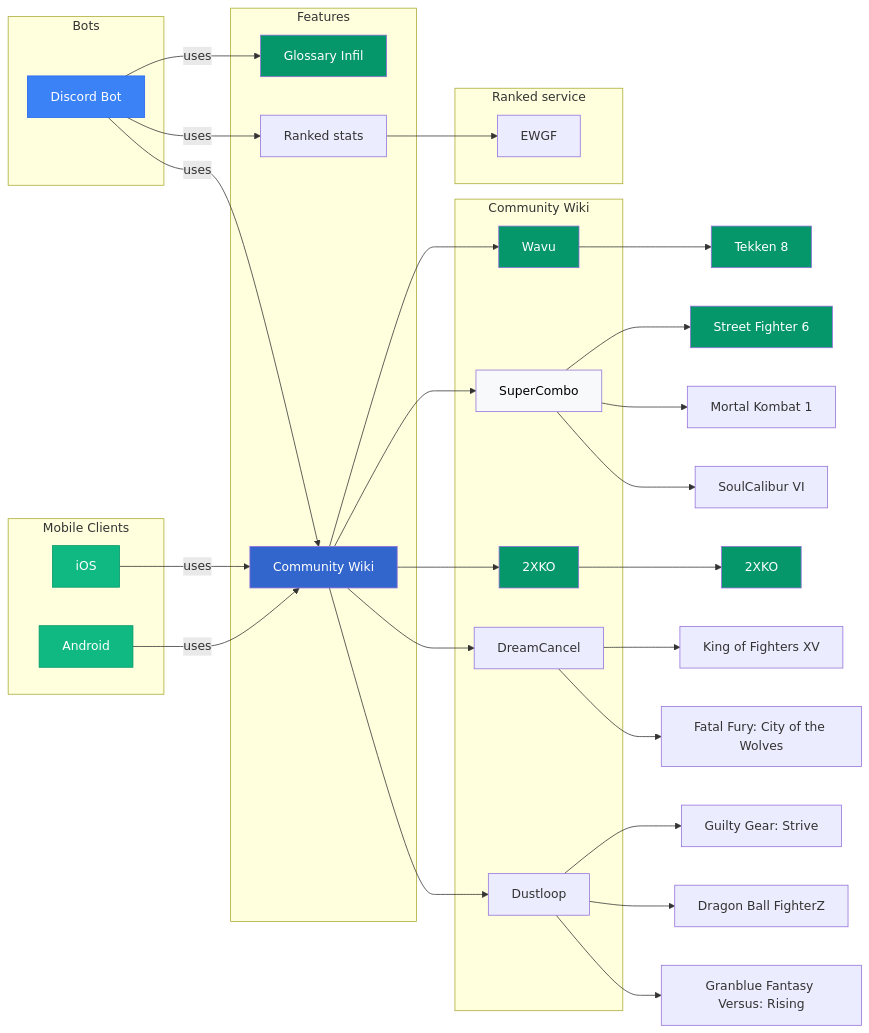
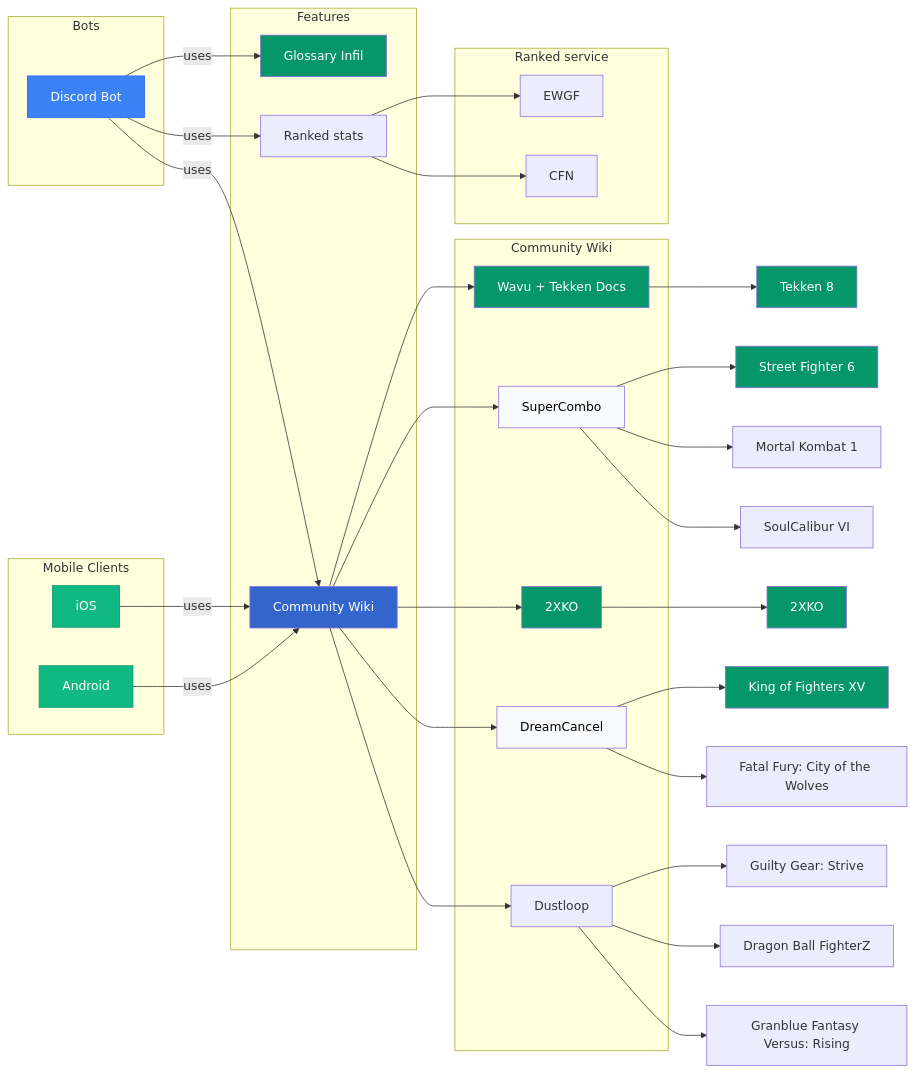
Before and after one commit to Sophon/FightingNerd: the diagram in README.md, drawn with Mermaid. The commit also changed other lines of this file and 144 other files, not shown here.

````diff
--- a/README.md
+++ b/README.md
@@ -27,68 +22,72 @@
 ```mermaid
 graph LR
   subgraph Bots
     discordBot[Discord Bot]
   end
 
   subgraph "Mobile Clients"
     android[Android]
     iOS[iOS]
   end
 
   subgraph Features
     glossaryInfil[Glossary Infil]
     communityWiki[Community Wiki]
     elo[Ranked stats]
   end
 
   subgraph Community Wiki
-    wikiWavu[Wavu]
+    wikiWavu[Wavu + Tekken Docs]
     supercombo[SuperCombo]
     2xko[2XKO]
     dustloop[Dustloop]
     dreamcancel[DreamCancel]
   end
 
   subgraph Ranked service
     ewgf[EWGF]
+    cfn[CFN]
   end
 
   android -->|uses| communityWiki
   iOS -->|uses| communityWiki
 
   discordBot -->|uses| glossaryInfil
   discordBot -->|uses| communityWiki
   discordBot -->|uses| elo
 
   communityWiki --> wikiWavu
   communityWiki --> supercombo
   communityWiki --> 2xko
   communityWiki --> dreamcancel
   communityWiki --> dustloop
 
   elo --> ewgf
+  elo --> cfn
 
   wikiWavu --> t8[Tekken 8]
   supercombo --> sf6[Street Fighter 6]
   supercombo --> mk1[Mortal Kombat 1]
   supercombo --> sc6[SoulCalibur VI]
   dustloop --> ggst[Guilty Gear: Strive]
   dustloop --> dbfz[Dragon Ball FighterZ]
   dustloop --> gbvsr[Granblue Fantasy Versus: Rising]
   2xko --> xko[2XKO]
   dreamcancel --> kof15[King of Fighters XV]
   dreamcancel --> cotw[Fatal Fury: City of the Wolves]
 
 
   style discordBot fill:#3B82F6,stroke:#2563EB,color:#fff
   style android fill:#10B981,stroke:#059669,color:#fff
   style iOS fill:#10B981,stroke:#059669,color:#fff
   style glossaryInfil fill:#059669,color:#fff
   style communityWiki fill:#3366CC,color:#fff
   style wikiWavu fill:#059669,color:#fff
   style supercombo fill:#F8F9FA,color:#000000
+  style dreamcancel fill:#F8F9FA,color:#000000
   style 2xko fill:#059669,color:#fff
   style t8 fill:#059669, color:#fff
   style sf6 fill:#059669, color:#fff
   style xko fill:#059669, color:#fff
+  style kof15 fill:#059669,color:#fff
 ```
````
